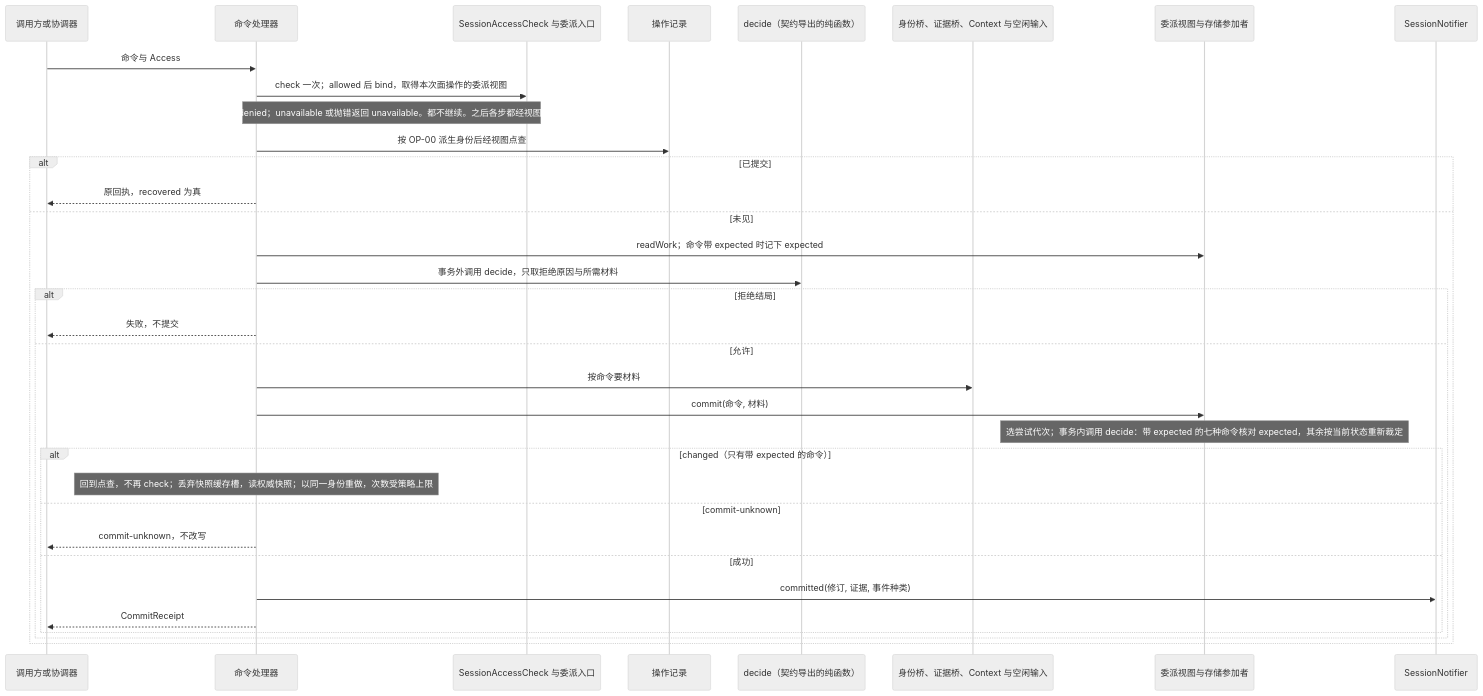
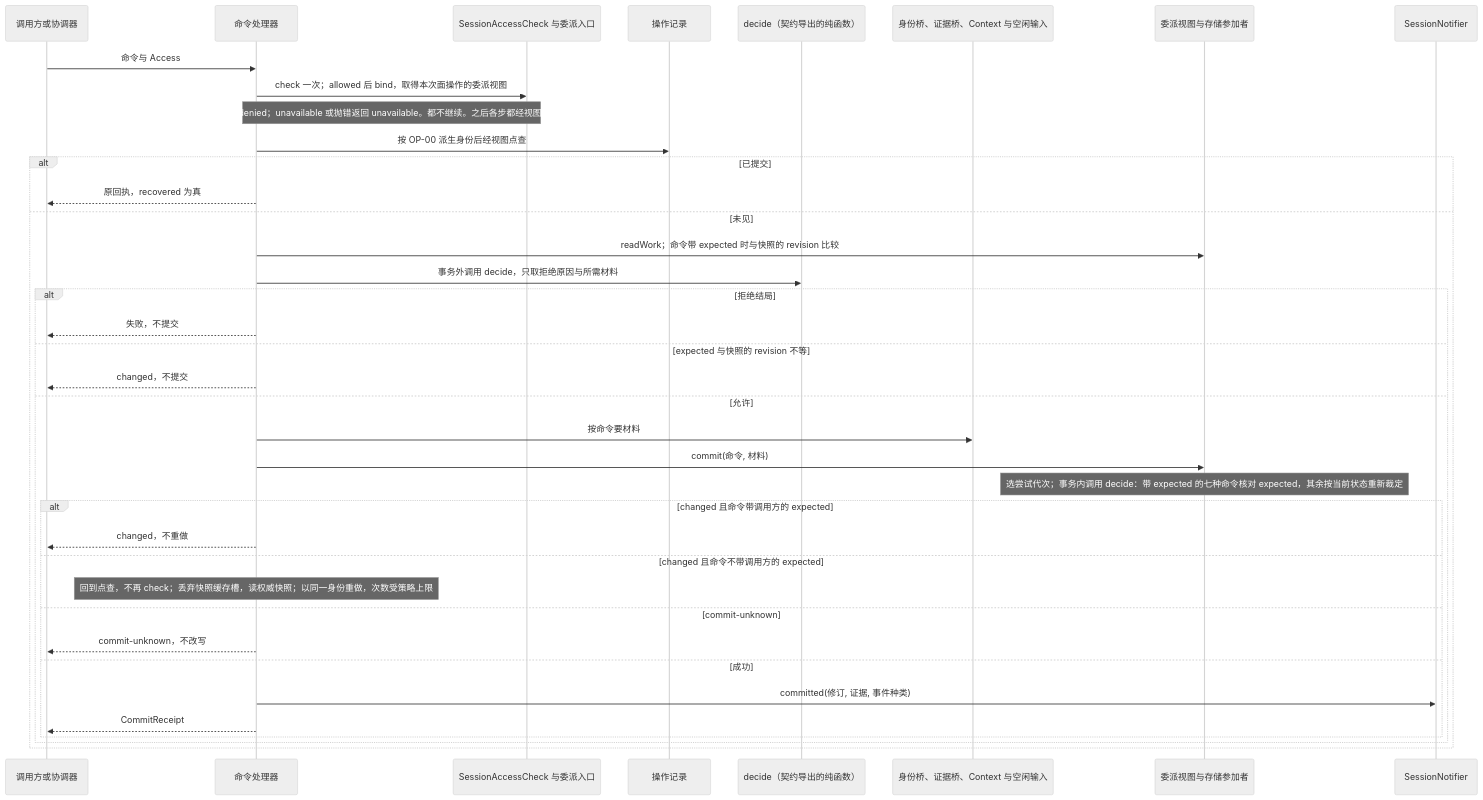
Before and after one commit to nemori-ai/omne-harness-lite: the first of 15 diagrams in packages/session/session/docs/flows.md, drawn with Mermaid (neutral theme). The commit also changed 6 other files, not shown here.

First line of the commit message:
fix(session): 会话服务保留调用方的 expected，过期则答 changed 不提交（#502）

````diff
--- a/packages/session/session/docs/flows.md
+++ b/packages/session/session/docs/flows.md
@@ -13,36 +13,40 @@
 ```mermaid
 sequenceDiagram
     participant Caller as 调用方或协调器
     participant CP as 命令处理器
     participant AC as SessionAccessCheck 与委派入口
     participant Op as 操作记录
     participant DS as decide（契约导出的纯函数）
     participant Br as 身份桥、证据桥、Context 与空闲输入
     participant Tx as 委派视图与存储参加者
     participant N as SessionNotifier
     Caller->>CP: 命令与 Access
     CP->>AC: check 一次；allowed 后 bind，取得本次面操作的委派视图
     Note over CP,AC: denied 返回 denied；unavailable 或抛错返回 unavailable。都不继续。之后各步都经视图，不再 check
     CP->>Op: 按 OP-00 派生身份后经视图点查
     alt 已提交
         CP-->>Caller: 原回执，recovered 为真
     else 未见
-        CP->>Tx: readWork；命令带 expected 时记下 expected
+        CP->>Tx: readWork；命令带 expected 时与快照的 revision 比较
         CP->>DS: 事务外调用 decide，只取拒绝原因与所需材料
         alt 拒绝结局
             CP-->>Caller: 失败，不提交
+        else expected 与快照的 revision 不等
+            CP-->>Caller: changed，不提交
         else 允许
             CP->>Br: 按命令要材料
             CP->>Tx: commit(命令, 材料)
             Note over Tx: 选尝试代次；事务内调用 decide：带 expected 的七种命令核对 expected，其余按当前状态重新裁定
-            alt changed（只有带 expected 的命令）
+            alt changed 且命令带调用方的 expected
+                CP-->>Caller: changed，不重做
+            else changed 且命令不带调用方的 expected
                 Note over CP: 回到点查，不再 check；丢弃快照缓存槽，读权威快照；以同一身份重做，次数受策略上限
             else commit-unknown
                 CP-->>Caller: commit-unknown，不改写
             else 成功
                 CP->>N: committed(修订, 证据, 事件种类)
                 CP-->>Caller: CommitReceipt
             end
         end
     end
 ```
````
